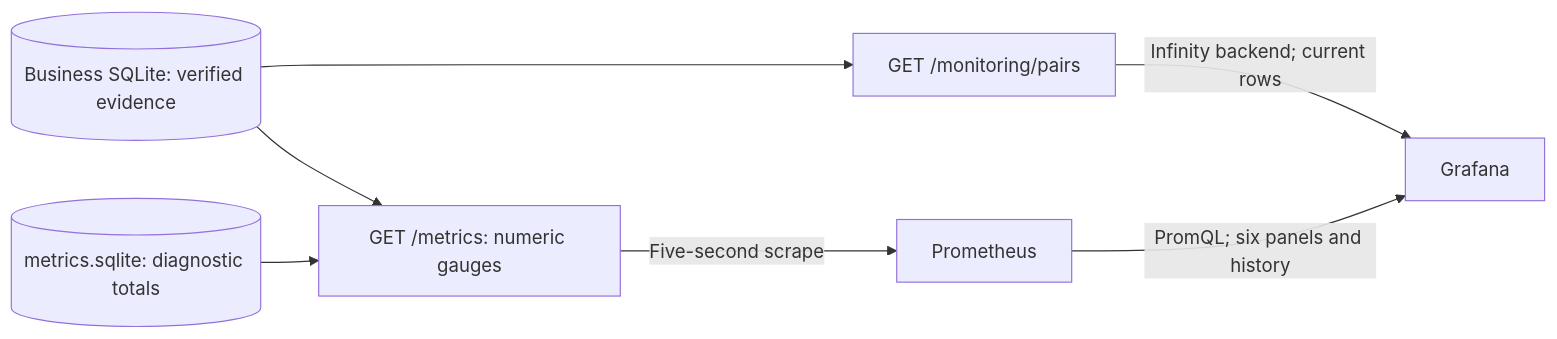
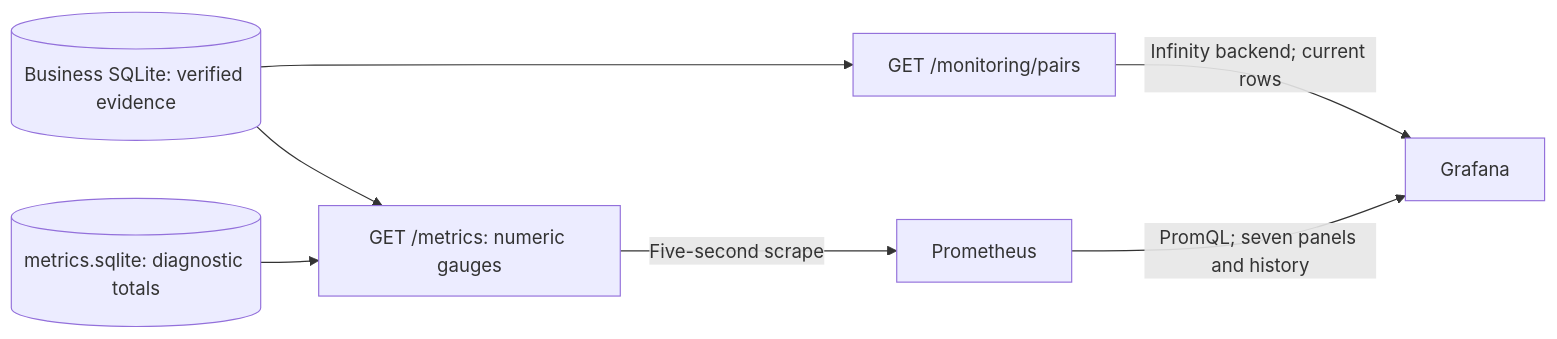
The second of 2 diagrams in docs/ARCHITECTURE.md (AlbertFlorescu/support-bridge), drawn with Mermaid before and after one commit. The commit also changed other lines of this file and 72 other files, not shown here.

````diff
--- a/docs/ARCHITECTURE.md
+++ b/docs/ARCHITECTURE.md
@@ -120,10 +122,10 @@
 ```mermaid
 flowchart LR
     State[("Business SQLite: verified evidence")]
     State --> Table["GET /monitoring/pairs"]
     State --> Exporter["GET /metrics: numeric gauges"]
     Registry[("metrics.sqlite: diagnostic totals")] --> Exporter
     Table -->|"Infinity backend; current rows"| Grafana
     Exporter -->|"Five-second scrape"| Prometheus
-    Prometheus -->|"PromQL; six panels and history"| Grafana
+    Prometheus -->|"PromQL; seven panels and history"| Grafana
 ```
````
